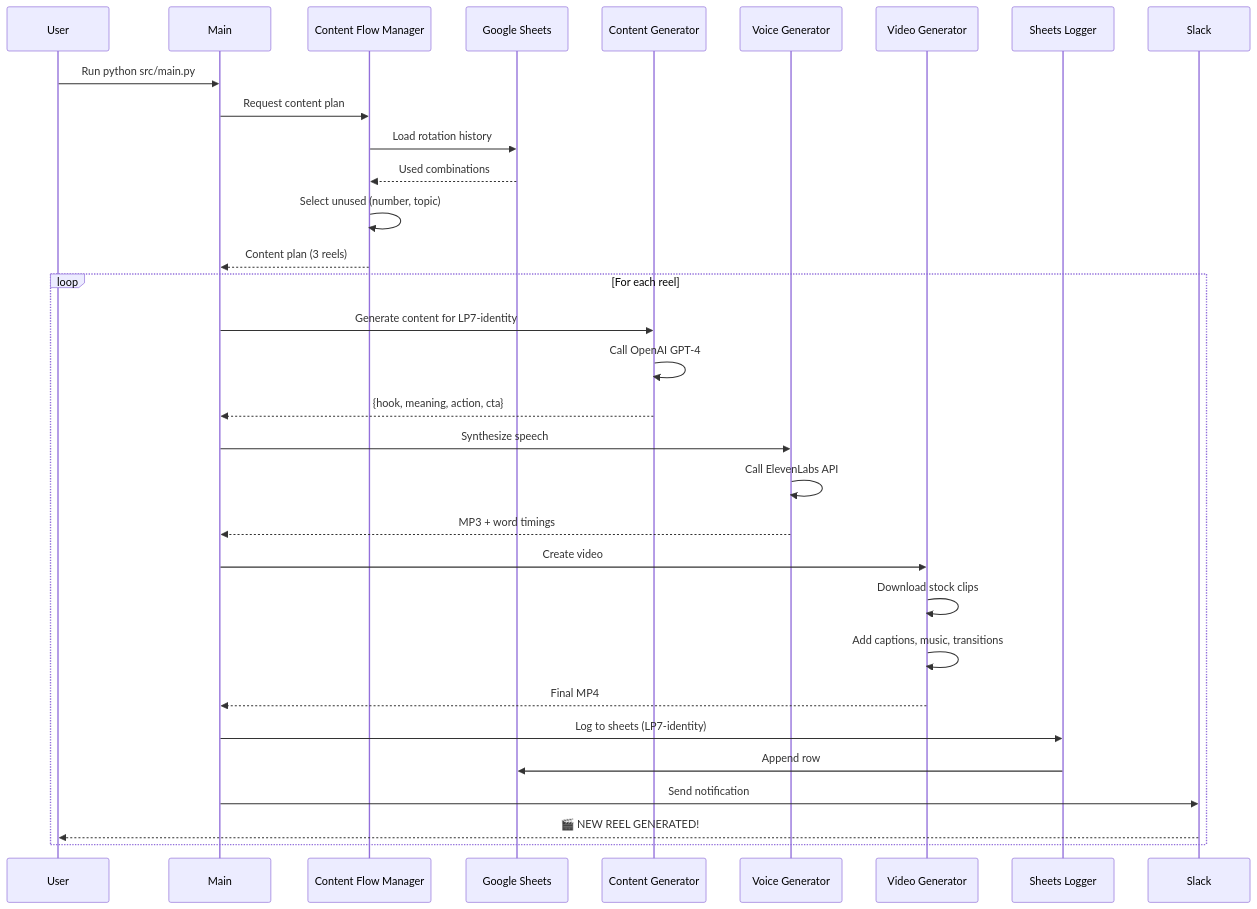
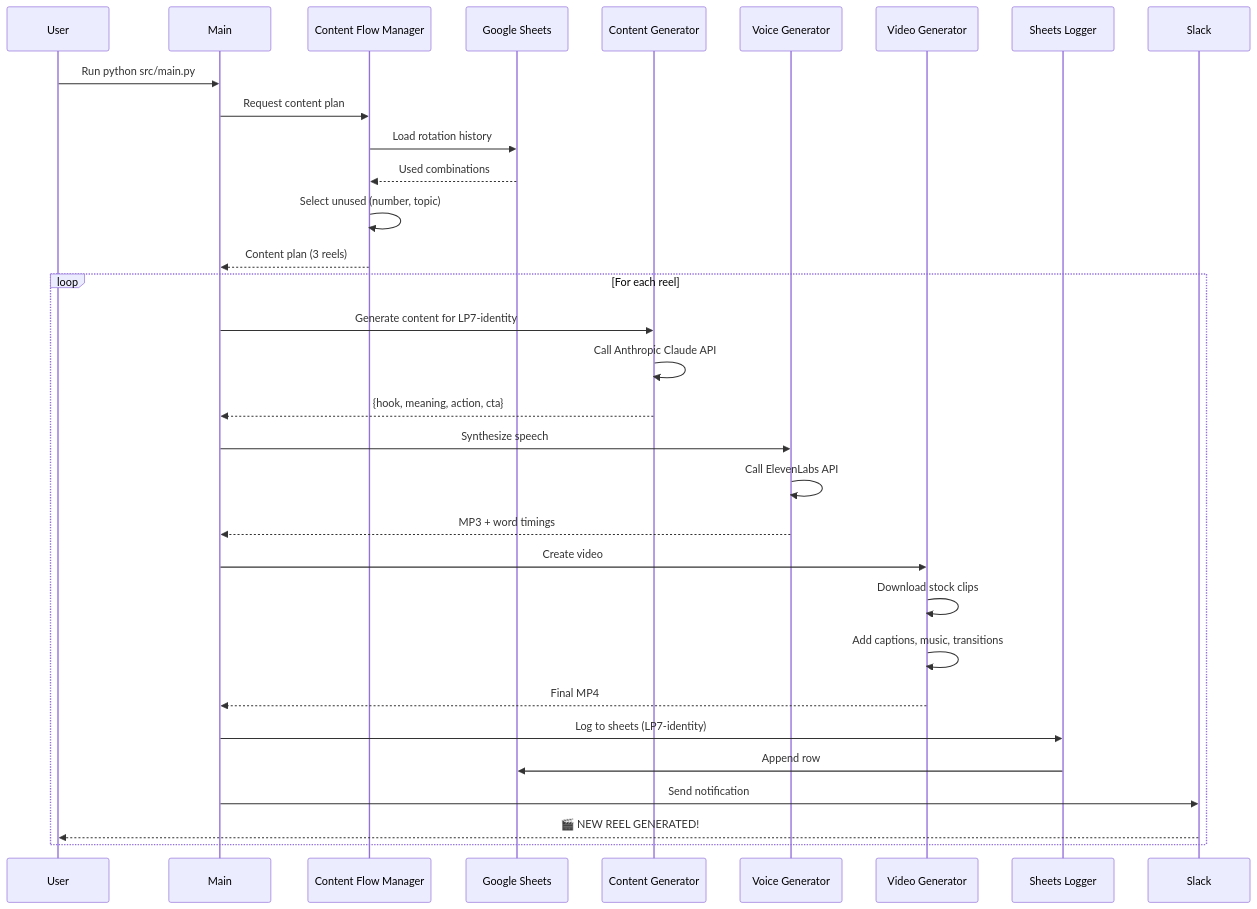
The second of 2 diagrams in README.md (Strilya/the17project), drawn with Mermaid before and after one commit. The commit also changed other lines of this file, not shown here.

First line of the commit message:
Update README: Change OpenAI to Anthropic & improve diagram readability

````diff
--- a/README.md
+++ b/README.md
@@ -107,40 +115,40 @@
 ```mermaid
 sequenceDiagram
     participant User
     participant Main
     participant Flow as Content Flow Manager
     participant Sheets as Google Sheets
     participant Generator as Content Generator
     participant Voice as Voice Generator
     participant Video as Video Generator
     participant Logger as Sheets Logger
     participant Slack
 
     User->>Main: Run python src/main.py
     Main->>Flow: Request content plan
     Flow->>Sheets: Load rotation history
     Sheets-->>Flow: Used combinations
     Flow->>Flow: Select unused (number, topic)
     Flow-->>Main: Content plan (3 reels)
 
     loop For each reel
         Main->>Generator: Generate content for LP7-identity
-        Generator->>Generator: Call OpenAI GPT-4
+        Generator->>Generator: Call Anthropic Claude API
         Generator-->>Main: {hook, meaning, action, cta}
 
         Main->>Voice: Synthesize speech
         Voice->>Voice: Call ElevenLabs API
         Voice-->>Main: MP3 + word timings
 
         Main->>Video: Create video
         Video->>Video: Download stock clips
         Video->>Video: Add captions, music, transitions
         Video-->>Main: Final MP4
 
         Main->>Logger: Log to sheets (LP7-identity)
         Logger->>Sheets: Append row
 
         Main->>Slack: Send notification
         Slack-->>User: 🎬 NEW REEL GENERATED!
     end
 ```
````
